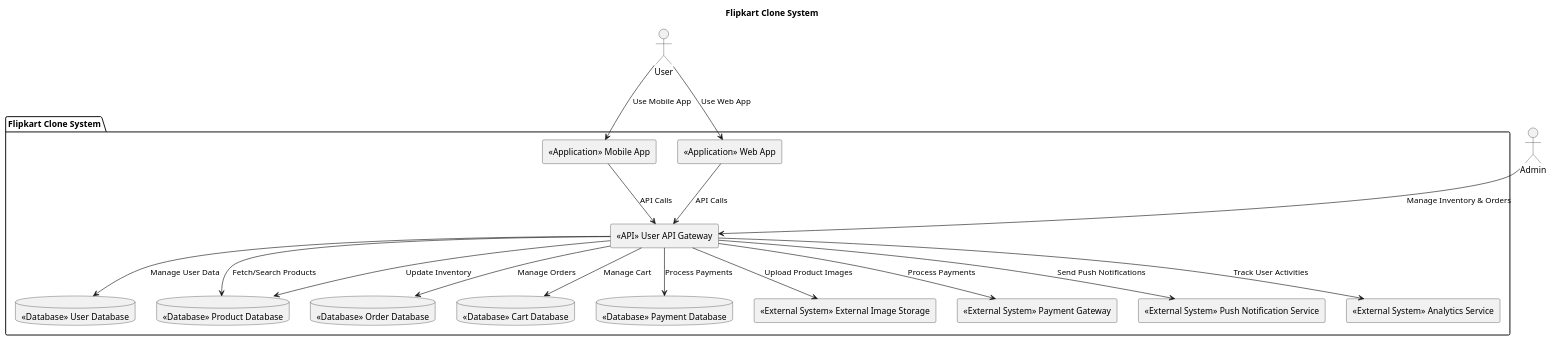
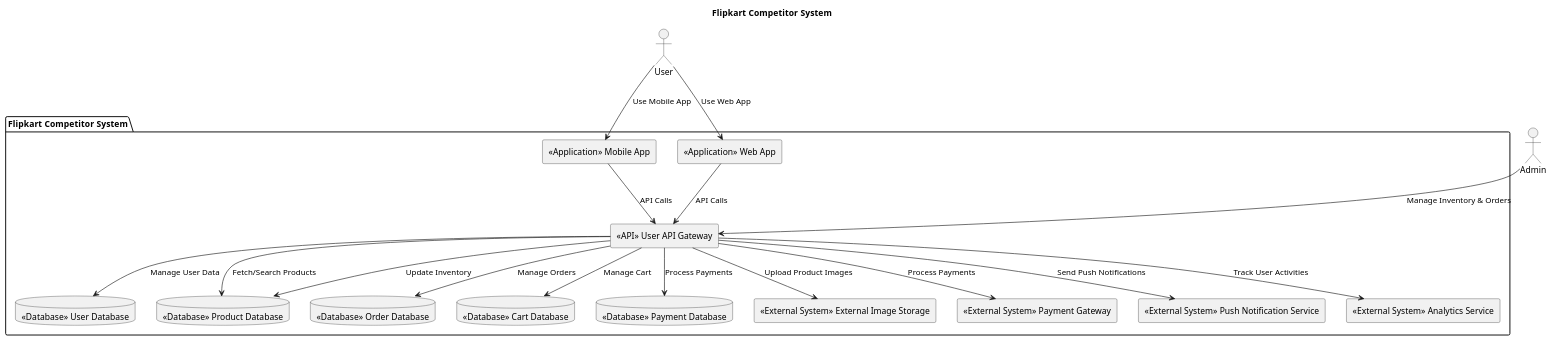
Before and after one commit to IIITLucknowSWEngg/CSAICSBTeam020: the second of 4 diagrams in Assignment/05_Architecture.md, drawn with PlantUML. The commit also changed other lines of this file, not shown here.

````diff
--- a/Assignment/05_Architecture.md
+++ b/Assignment/05_Architecture.md
@@ -52,45 +52,45 @@
 ```plantuml
 @startuml
-title Flipkart Clone System
+title Flipkart  Competitor System
 
 actor User
 actor Admin
 
-package "Flipkart Clone System" {
+package "Flipkart  Competitor System" {
   rectangle "«Application» Mobile App" as MobileApp
   rectangle "«Application» Web App" as WebApp
   rectangle "«API» User API Gateway" as APIGateway
 
   database "«Database» User Database" as UserDB
   database "«Database» Product Database" as ProductDB
   database "«Database» Order Database" as OrderDB
   database "«Database» Cart Database" as CartDB
   database "«Database» Payment Database" as PaymentDB
 
   rectangle "«External System» External Image Storage" as ImageStorage
   rectangle "«External System» Payment Gateway" as PaymentGateway
   rectangle "«External System» Push Notification Service" as PushService
   rectangle "«External System» Analytics Service" as AnalyticsService
 }
 
 User --> MobileApp : Use Mobile App
 User --> WebApp : Use Web App
 Admin --> APIGateway : Manage Inventory & Orders
 
 MobileApp --> APIGateway : API Calls
 WebApp --> APIGateway : API Calls
 
 APIGateway --> UserDB : Manage User Data
 APIGateway --> ProductDB : Fetch/Search Products
 APIGateway --> ProductDB : Update Inventory
 APIGateway --> OrderDB : Manage Orders
 APIGateway --> CartDB : Manage Cart
 APIGateway --> PaymentDB : Process Payments
 
 APIGateway --> ImageStorage : Upload Product Images
 APIGateway --> PaymentGateway : Process Payments
 APIGateway --> PushService : Send Push Notifications
 APIGateway --> AnalyticsService : Track User Activities
 
 @enduml
 ```
````
